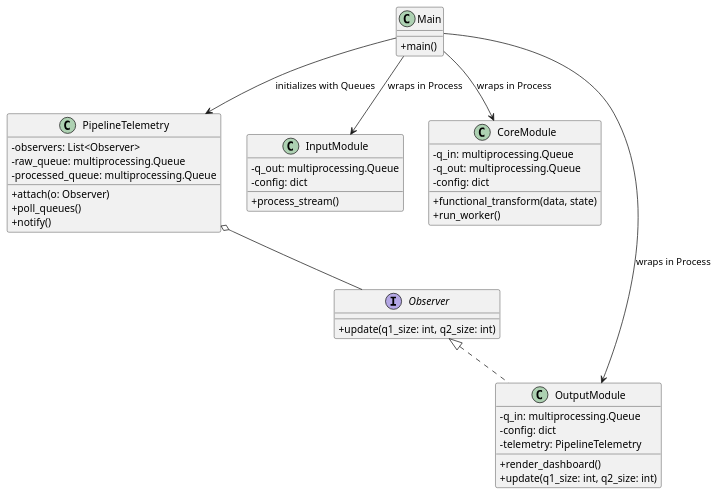
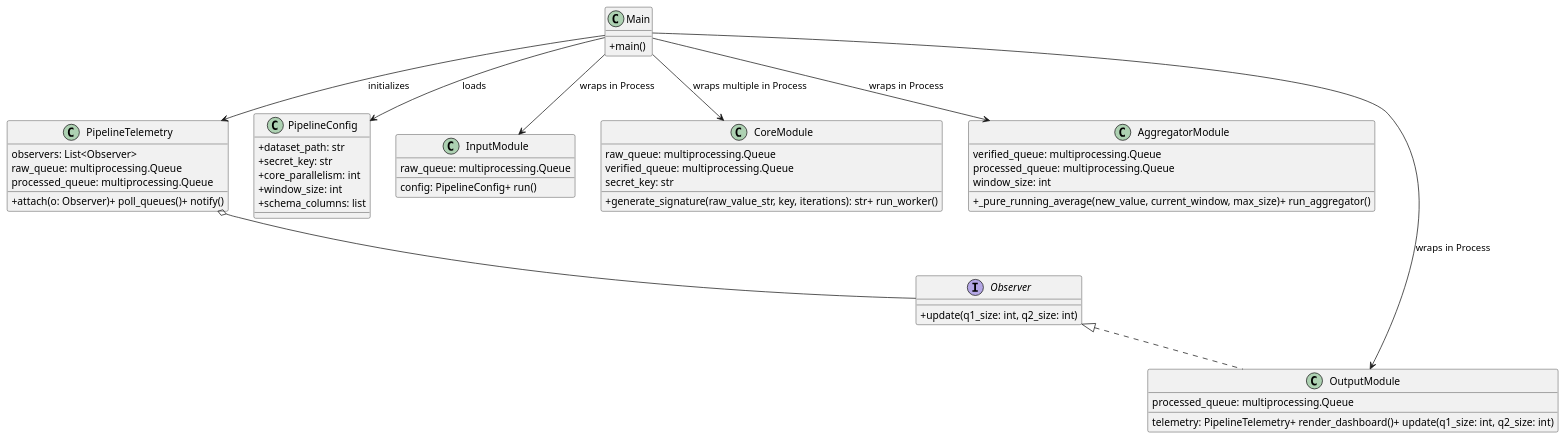
One commit to MoosaTeam/Generic-Concurrent-Real-Time-Pipeline changed the diagram in classDiagram.puml. Above: the diagram before and after it, drawn with PlantUML. The commit also changed 3 other files, not shown here.

Commit message:
Plant UML Changes

```diff
--- a/classDiagram.puml
+++ b/classDiagram.puml
@@ -1,49 +1,64 @@
 @startuml
 skinparam classAttributeIconSize 0
 
 interface Observer {
     + update(q1_size: int, q2_size: int)
 }
 
 class PipelineTelemetry {
-    - observers: List<Observer>
-    - raw_queue: multiprocessing.Queue
-    - processed_queue: multiprocessing.Queue
-    + attach(o: Observer)
-    + poll_queues()
-    + notify()
+    
+observers: List<Observer>
+raw_queue: multiprocessing.Queue
+processed_queue: multiprocessing.Queue
++ attach(o: Observer)+ poll_queues()+ notify()
+}
+
+class PipelineConfig {
+    + dataset_path: str
+    + secret_key: str
+    + core_parallelism: int
+    + window_size: int
+    + schema_columns: list
+}
+
+class InputModule {
+    
+raw_queue: multiprocessing.Queue
+config: PipelineConfig+ run()
+}
+
+class CoreModule {
+    
+raw_queue: multiprocessing.Queue
+verified_queue: multiprocessing.Queue
+secret_key: str
++ generate_signature(raw_value_str, key, iterations): str+ run_worker()
+}
+
+class AggregatorModule {
+    
+verified_queue: multiprocessing.Queue
+processed_queue: multiprocessing.Queue
+window_size: int
++ _pure_running_average(new_value, current_window, max_size)+ run_aggregator()
+}
+
+class OutputModule {
+    
+processed_queue: multiprocessing.Queue
+telemetry: PipelineTelemetry+ render_dashboard()+ update(q1_size: int, q2_size: int)
 }
 
 class Main {
     + main()
 }
 
-class InputModule {
-    - q_out: multiprocessing.Queue
-    - config: dict
-    + process_stream()
-}
-
-class CoreModule {
-    - q_in: multiprocessing.Queue
-    - q_out: multiprocessing.Queue
-    - config: dict
-    + functional_transform(data, state)
-    + run_worker()
-}
-
-class OutputModule {
-    - q_in: multiprocessing.Queue
-    - config: dict
-    - telemetry: PipelineTelemetry
-    + render_dashboard()
-    + update(q1_size: int, q2_size: int)
-}
-
 Observer <|.. OutputModule
 PipelineTelemetry o-- Observer
+Main --> PipelineConfig : loads
 Main --> InputModule : wraps in Process
-Main --> CoreModule : wraps in Process
+Main --> CoreModule : wraps multiple in Process
+Main --> AggregatorModule : wraps in Process
 Main --> OutputModule : wraps in Process
-Main --> PipelineTelemetry : initializes with Queues
+Main --> PipelineTelemetry : initializes
 @enduml
```
